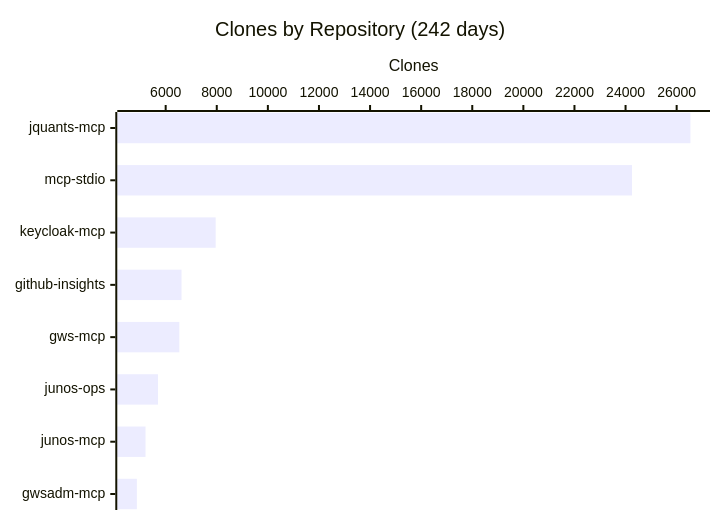
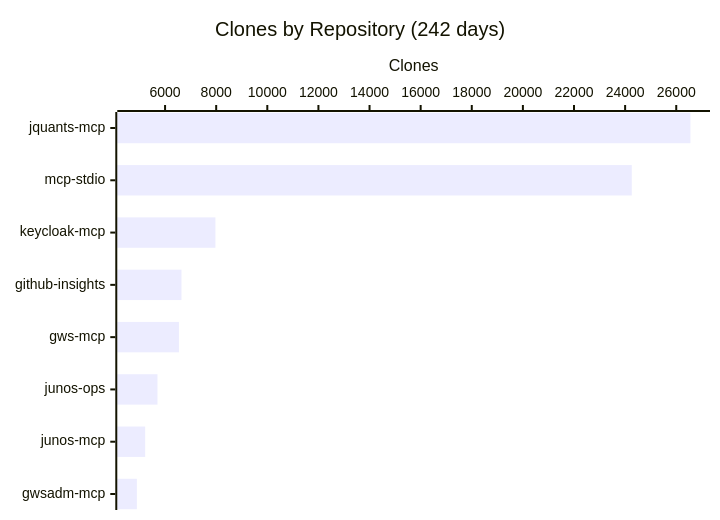
The fourth of 4 diagrams in README.md (shigechika/github-insights), drawn with Mermaid before and after one commit. The commit also changed other lines of this file and 1 other file, not shown here.

````diff
--- a/README.md
+++ b/README.md
@@ -58,7 +58,7 @@
 ```mermaid
 xychart-beta horizontal
     title "Clones by Repository (242 days)"
     x-axis ["jquants-mcp", "mcp-stdio", "keycloak-mcp", "github-insights", "gws-mcp", "junos-ops", "junos-mcp", "gwsadm-mcp"]
     y-axis "Clones"
-    bar [26539, 24253, 7957, 6620, 6534, 5698, 5212, 4872]
+    bar [26555, 24260, 7970, 6642, 6542, 5703, 5222, 4896]
 ```
````
